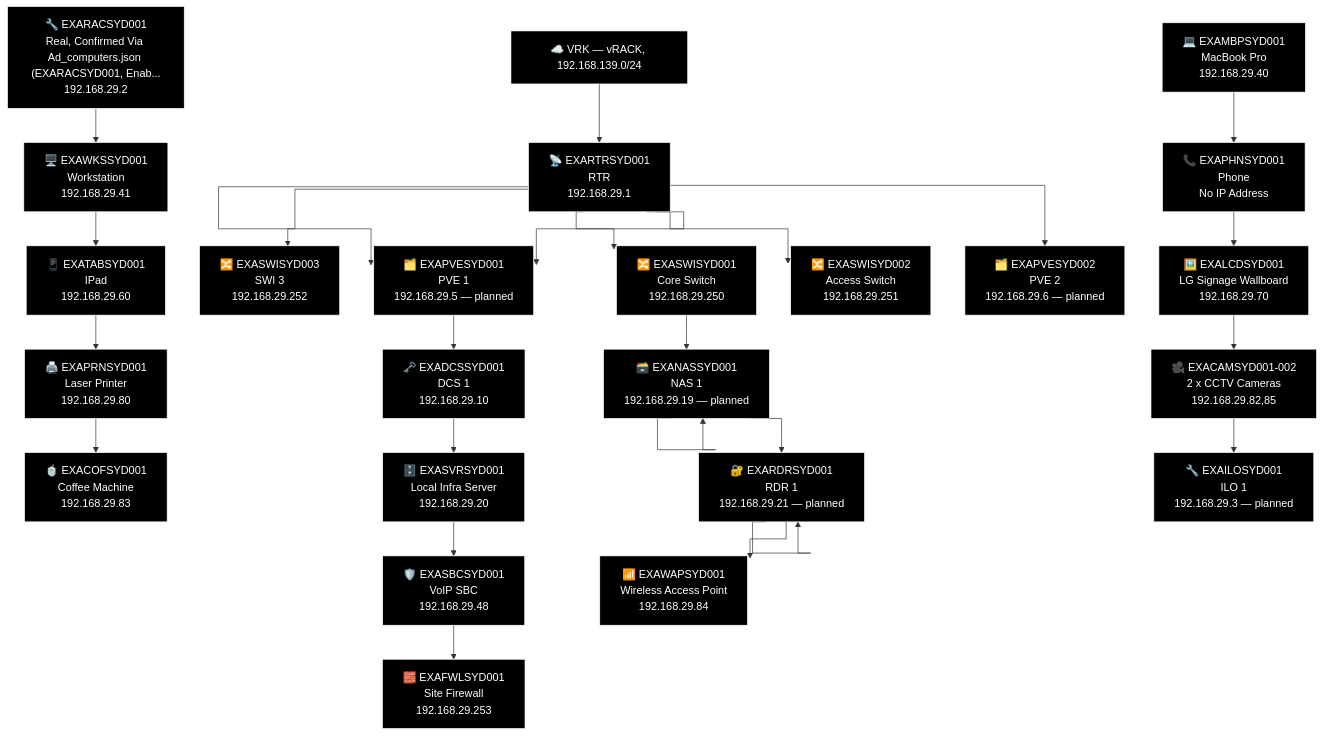
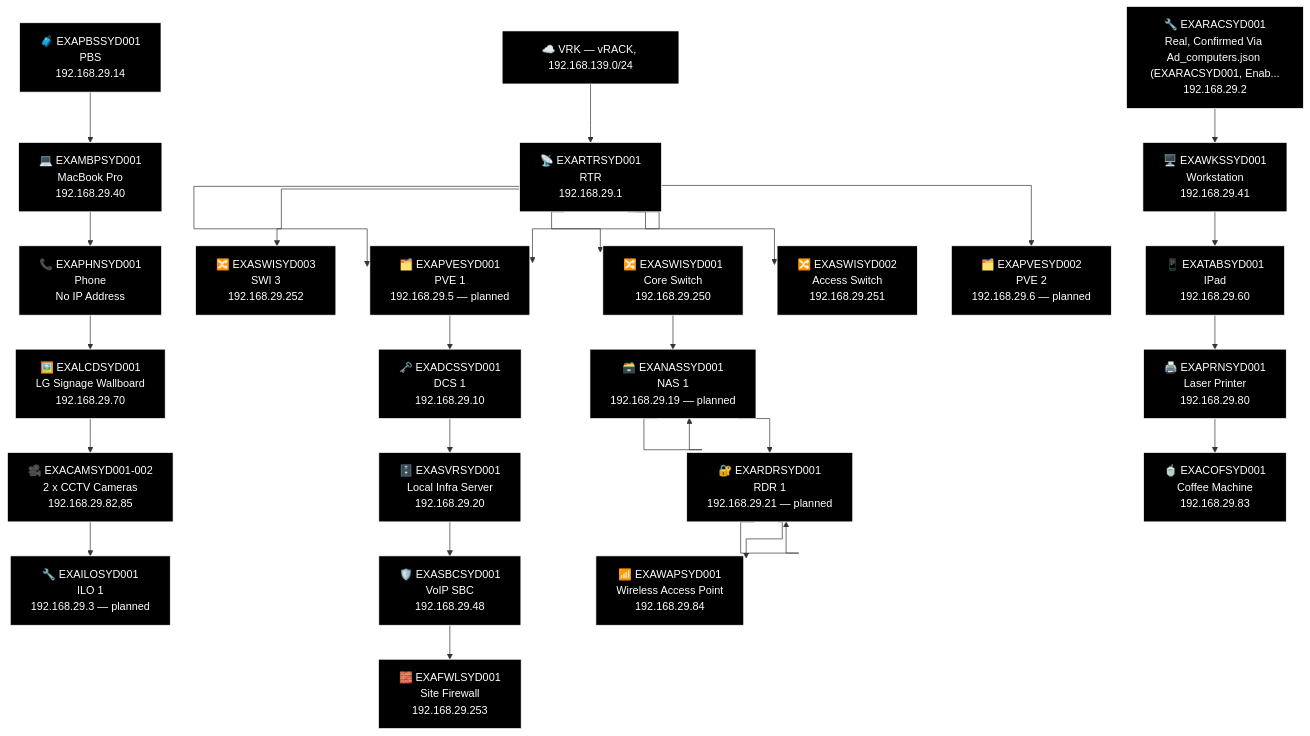
Before and after one commit to knightmare2600/example_music_infra: the third of 6 diagrams in docs/network-diagram/australia.md, drawn with Mermaid. The commit also changed other lines of this file and 14 other files, not shown here.

First line of the commit message:
docs/network-diagram: regenerate, every site was missing its PBS node

````diff
--- a/docs/network-diagram/australia.md
+++ b/docs/network-diagram/australia.md
@@ -134,71 +134,73 @@
 ```mermaid
 %% GENERATED:TOPOLOGY:SYD:START
 %%{init: {'flowchart': {'curve': 'stepAfter'}}}%%
 graph TD
     T_VRK["☁️ VRK — vRACK, 192.168.139.0/24"]
     T_RTR["📡 EXARTRSYD001<br/>RTR<br/>192.168.29.1"]
     T_VRK --> T_RTR
     T_PVE["🗂️ EXAPVESYD001<br/>PVE 1<br/>192.168.29.5"]
     T_RTR --> T_PVE
     T_SWI["🔀 EXASWISYD003<br/>SWI 3<br/>192.168.29.252"]
     T_RTR --> T_SWI
     T_SWI2["🔀 EXASWISYD001<br/>Core Switch<br/>192.168.29.250"]
     T_RTR --> T_SWI2
     T_SWI3["🔀 EXASWISYD002<br/>Access Switch<br/>192.168.29.251"]
     T_RTR --> T_SWI3
     T_PVE["🗂️ EXAPVESYD001<br/>PVE 1<br/>192.168.29.5 — planned"]
     T_RTR --> T_PVE
     T_PVE2["🗂️ EXAPVESYD002<br/>PVE 2<br/>192.168.29.6 — planned"]
     T_RTR --> T_PVE2
     T_NAS["🗃️ EXANASSYD001<br/>NAS<br/>192.168.29.19"]
     T_NAS["🗃️ EXANASSYD001<br/>NAS 1<br/>192.168.29.19 — planned"]
     T_RDR["🔐 EXARDRSYD001<br/>RDR<br/>192.168.29.21"]
     T_RDR["🔐 EXARDRSYD001<br/>RDR 1<br/>192.168.29.21 — planned"]
     T_WAP["📶 EXAWAPSYD001<br/>Wireless Access Point<br/>192.168.29.84"]
     T_SWI2 --> T_NAS --> T_NAS --> T_RDR --> T_RDR --> T_WAP
     T_DCS["🗝️ EXADCSSYD001<br/>DCS 1<br/>192.168.29.10"]
     T_SVR["🗄️ EXASVRSYD001<br/>Local Infra Server<br/>192.168.29.20"]
     T_SBC["🛡️ EXASBCSYD001<br/>VoIP SBC<br/>192.168.29.48"]
     T_FWL["🧱 EXAFWLSYD001<br/>Site Firewall<br/>192.168.29.253"]
     T_PVE --> T_DCS --> T_SVR --> T_SBC --> T_FWL
+    T_PBS["🧳 EXAPBSSYD001<br/>PBS<br/>192.168.29.14"]
     T_RAC["🔧 EXARACSYD001<br/>Real, Confirmed Via Ad_computers.json (EXARACSYD001, Enab...<br/>192.168.29.2"]
     T_MBP["💻 EXAMBPSYD001<br/>MacBook Pro<br/>192.168.29.40"]
     T_WKS["🖥️ EXAWKSSYD001<br/>Workstation<br/>192.168.29.41"]
     T_PHN["📞 EXAPHNSYD001<br/>Phone<br/>No IP Address"]
     T_TAB["📱 EXATABSYD001<br/>IPad<br/>192.168.29.60"]
     T_LCD["🖼️ EXALCDSYD001<br/>LG Signage Wallboard<br/>192.168.29.70"]
     T_PRN["🖨️ EXAPRNSYD001<br/>Laser Printer<br/>192.168.29.80"]
     T_OTH_CAM["🎥 EXACAMSYD001-002<br/>2 x CCTV Cameras<br/>192.168.29.82,85"]
     T_COF["🍵 EXACOFSYD001<br/>Coffee Machine<br/>192.168.29.83"]
     T_ILO["🔧 EXAILOSYD001<br/>ILO 1<br/>192.168.29.3 — planned"]
+    T_PBS --> T_MBP --> T_PHN --> T_LCD --> T_OTH_CAM --> T_ILO
     T_RAC --> T_WKS --> T_TAB --> T_PRN --> T_COF
-    T_MBP --> T_PHN --> T_LCD --> T_OTH_CAM --> T_ILO
     style T_VRK fill:#000000,stroke:#FFFFFF,color:#FFFFFF
     style T_RTR fill:#000000,stroke:#FFFFFF,color:#FFFFFF
     style T_PVE fill:#000000,stroke:#FFFFFF,color:#FFFFFF
     style T_SWI fill:#000000,stroke:#FFFFFF,color:#FFFFFF
     style T_SWI2 fill:#000000,stroke:#FFFFFF,color:#FFFFFF
     style T_SWI3 fill:#000000,stroke:#FFFFFF,color:#FFFFFF
     style T_PVE fill:#000000,stroke:#FFFFFF,color:#FFFFFF
     style T_PVE2 fill:#000000,stroke:#FFFFFF,color:#FFFFFF
     style T_NAS fill:#000000,stroke:#FFFFFF,color:#FFFFFF
     style T_NAS fill:#000000,stroke:#FFFFFF,color:#FFFFFF
     style T_RDR fill:#000000,stroke:#FFFFFF,color:#FFFFFF
     style T_RDR fill:#000000,stroke:#FFFFFF,color:#FFFFFF
     style T_WAP fill:#000000,stroke:#FFFFFF,color:#FFFFFF
     style T_DCS fill:#000000,stroke:#FFFFFF,color:#FFFFFF
     style T_SVR fill:#000000,stroke:#FFFFFF,color:#FFFFFF
     style T_SBC fill:#000000,stroke:#FFFFFF,color:#FFFFFF
     style T_FWL fill:#000000,stroke:#FFFFFF,color:#FFFFFF
+    style T_PBS fill:#000000,stroke:#FFFFFF,color:#FFFFFF
     style T_RAC fill:#000000,stroke:#FFFFFF,color:#FFFFFF
     style T_MBP fill:#000000,stroke:#FFFFFF,color:#FFFFFF
     style T_WKS fill:#000000,stroke:#FFFFFF,color:#FFFFFF
     style T_PHN fill:#000000,stroke:#FFFFFF,color:#FFFFFF
     style T_TAB fill:#000000,stroke:#FFFFFF,color:#FFFFFF
     style T_LCD fill:#000000,stroke:#FFFFFF,color:#FFFFFF
     style T_PRN fill:#000000,stroke:#FFFFFF,color:#FFFFFF
     style T_OTH_CAM fill:#000000,stroke:#FFFFFF,color:#FFFFFF
     style T_COF fill:#000000,stroke:#FFFFFF,color:#FFFFFF
     style T_ILO fill:#000000,stroke:#FFFFFF,color:#FFFFFF
 %% GENERATED:TOPOLOGY:SYD:END
 ```
````
